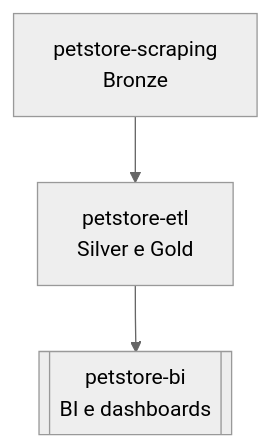
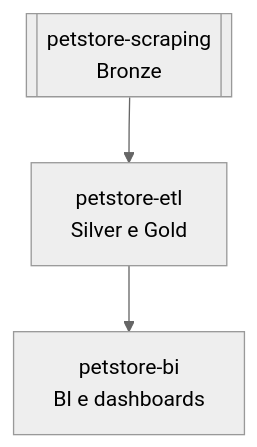
Before and after one commit to rafa-trindade/petstore-scraping: the diagram in README.MD, drawn with Mermaid (neutral theme).

````diff
--- a/README.MD
+++ b/README.MD
@@ -35,5 +35,5 @@
 ```mermaid
 graph TD
-    A[petstore-scraping<br>Bronze] --> B[petstore-etl<br>Silver e Gold]
-    B --> C[[petstore-bi<br>BI e dashboards]]
+    A[[petstore-scraping<br>Bronze]] --> B[petstore-etl<br>Silver e Gold]
+    B --> C[petstore-bi<br>BI e dashboards]
 ```
````
